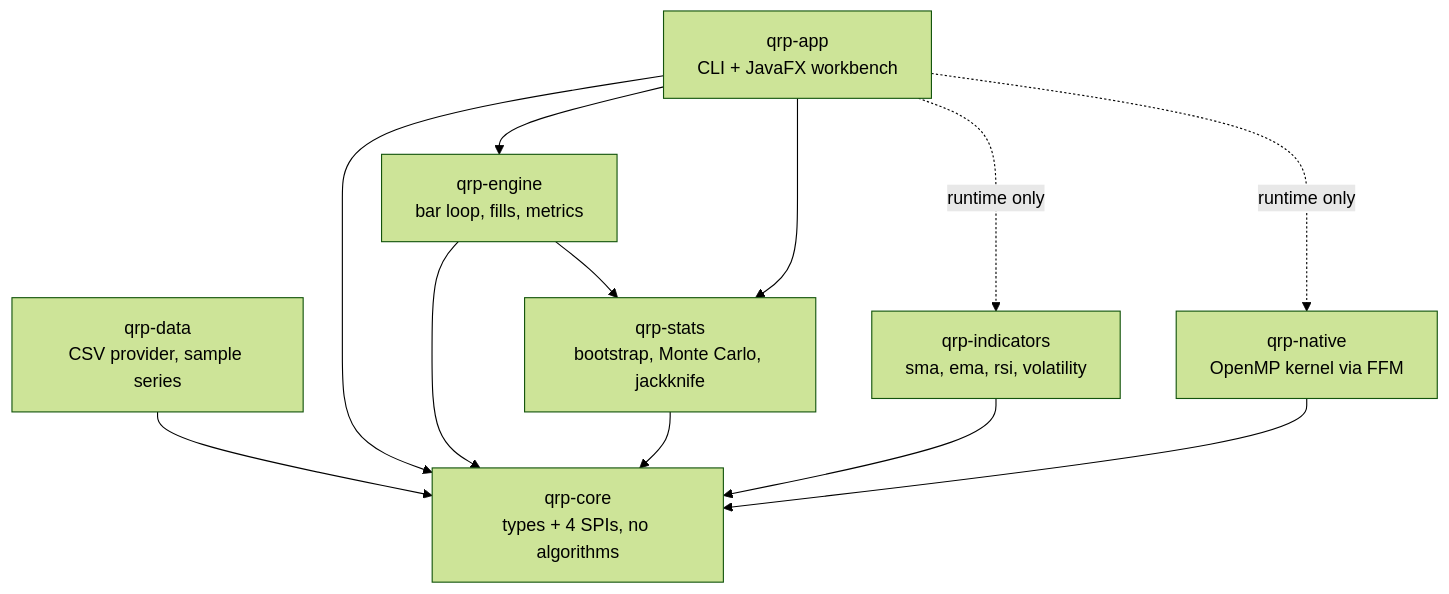
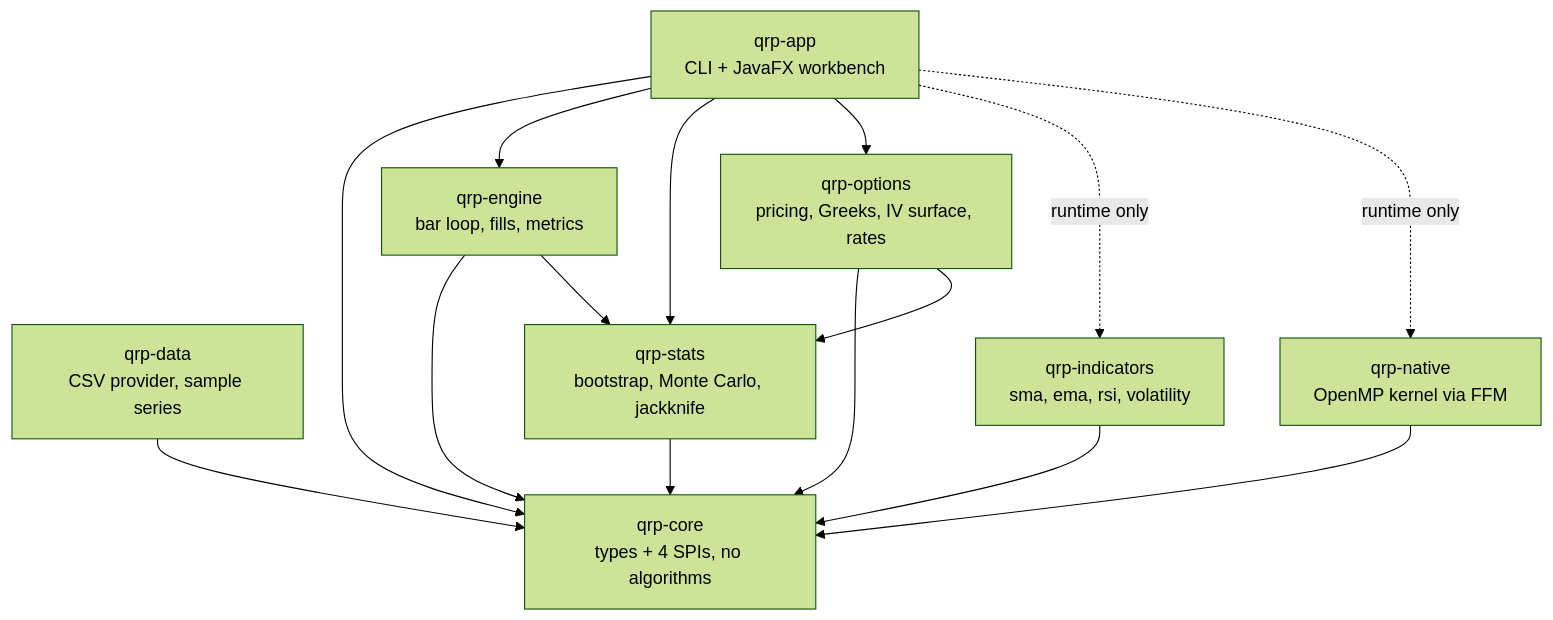
Before and after one commit to williamhuang1261/quant-research-platform: the diagram in README.md, drawn with Mermaid (forest theme). The commit also changed other lines of this file and 81 other files, not shown here.

First line of the commit message:
feat: add options pricing engine and portfolio optimization module

````diff
--- a/README.md
+++ b/README.md
@@ -71,22 +121,26 @@
 ```mermaid
 graph TD
     core["qrp-core<br/>types + 4 SPIs, no algorithms"]
     data["qrp-data<br/>CSV provider, sample series"]
     ind["qrp-indicators<br/>sma, ema, rsi, volatility"]
     stats["qrp-stats<br/>bootstrap, Monte Carlo, jackknife"]
     engine["qrp-engine<br/>bar loop, fills, metrics"]
+    options["qrp-options<br/>pricing, Greeks, IV surface, rates"]
     native["qrp-native<br/>OpenMP kernel via FFM"]
     app["qrp-app<br/>CLI + JavaFX workbench"]
 
     data --> core
     ind --> core
     stats --> core
     engine --> core
     engine --> stats
+    options --> core
+    options --> stats
     native --> core
     app --> core
     app --> engine
     app --> stats
+    app --> options
     app -. runtime only .-> ind
     app -. runtime only .-> native
 ```
````
